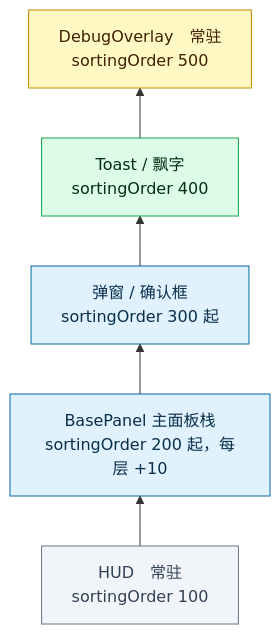
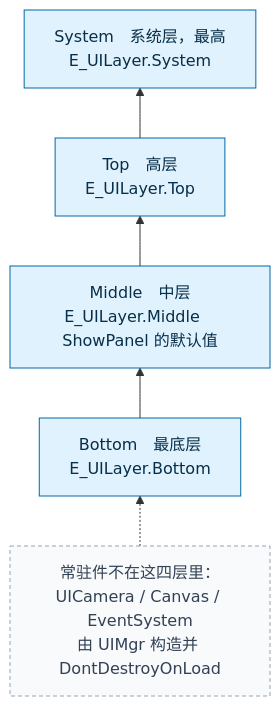
The eighth of 8 diagrams in Docs/框架设计/框架蓝图.md (5FYZhou/deepseaoil), drawn with Mermaid before and after one commit. The commit also changed other lines of this file and 7 other files, not shown here.

First line of the commit message:
docs(framework): 蓝图并入上游逻辑层事实；新增 §15 现状 / §16 缺陷登记；图源与图块同步

````diff
--- a/Docs/框架设计/框架蓝图.md
+++ b/Docs/框架设计/框架蓝图.md
@@ -607,23 +730,20 @@
 ```mermaid
 flowchart BT
-  HUD["HUD　常驻<br/>sortingOrder 100"]
-  Panel["BasePanel 主面板栈<br/>sortingOrder 200 起，每层 +10"]
-  Popup["弹窗 / 确认框<br/>sortingOrder 300 起"]
-  Toast["Toast / 飘字<br/>sortingOrder 400"]
-  Overlay["DebugOverlay　常驻<br/>sortingOrder 500"]
+  Bottom["Bottom　最底层<br/>E_UILayer.Bottom"]
+  Middle["Middle　中层<br/>E_UILayer.Middle　ShowPanel 的默认值"]
+  Top["Top　高层<br/>E_UILayer.Top"]
+  System["System　系统层，最高<br/>E_UILayer.System"]
 
-  HUD --> Panel
-  Panel --> Popup
-  Popup --> Toast
-  Toast --> Overlay
+  Note["常驻件不在这四层里：<br/>UICamera / Canvas / EventSystem<br/>由 UIMgr 构造并 DontDestroyOnLoad"]
+  Note -.-> Bottom
 
-  classDef resident fill:#f1f5f9,stroke:#64748b,color:#334155
-  classDef stack fill:#e0f2fe,stroke:#0369a1,color:#082f49
-  classDef top fill:#dcfce7,stroke:#16a34a,color:#052e16
-  classDef debug fill:#fef9c3,stroke:#ca8a04,color:#422006
+  Bottom --> Middle
+  Middle --> Top
+  Top --> System
 
-  class HUD resident
-  class Panel,Popup stack
-  class Toast top
-  class Overlay debug
+  classDef layer fill:#e0f2fe,stroke:#0369a1,color:#082f49
+  classDef note fill:#f8fafc,stroke:#94a3b8,color:#334155,stroke-dasharray:4 3
+
+  class Bottom,Middle,Top,System layer
+  class Note note
 ```
````
